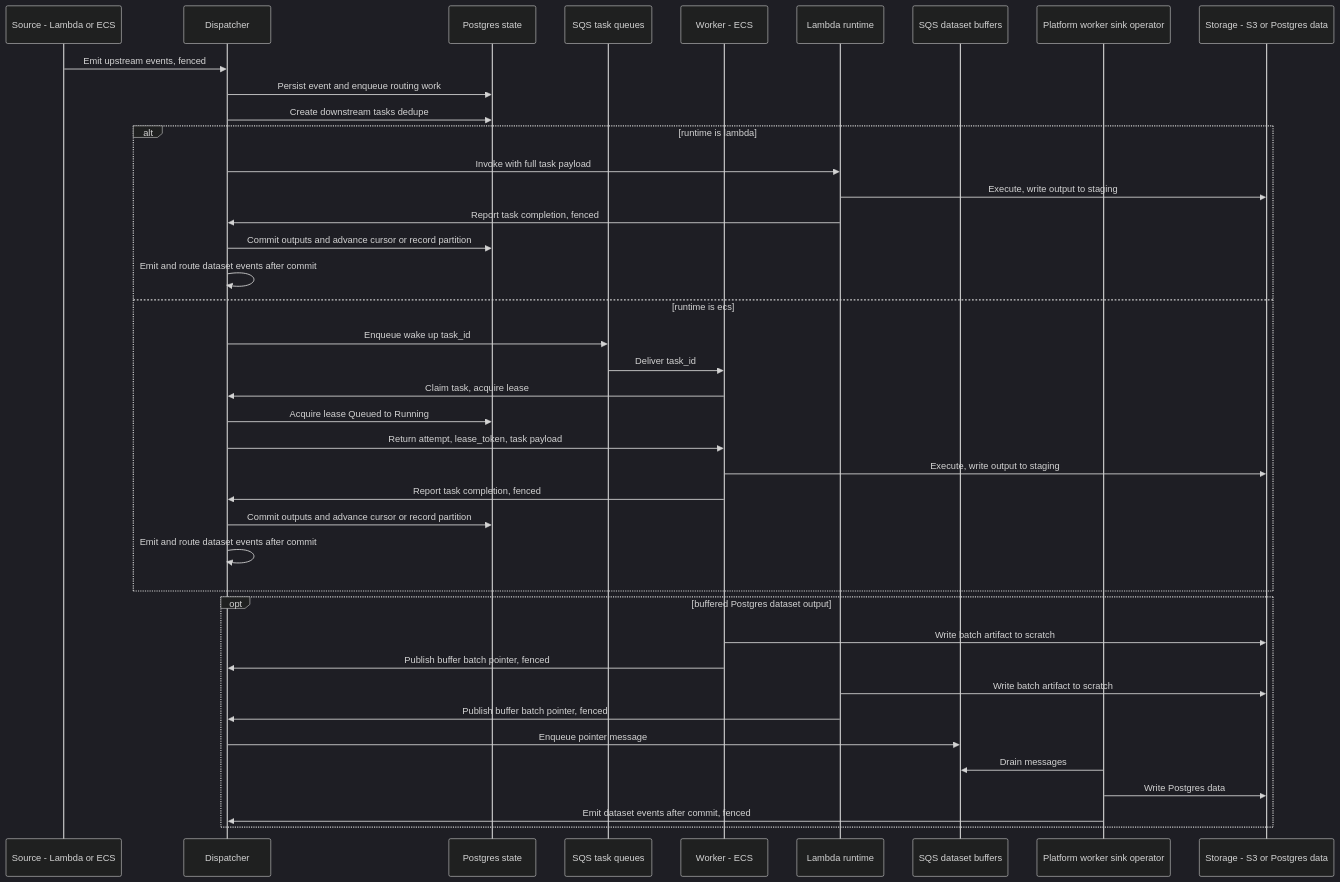
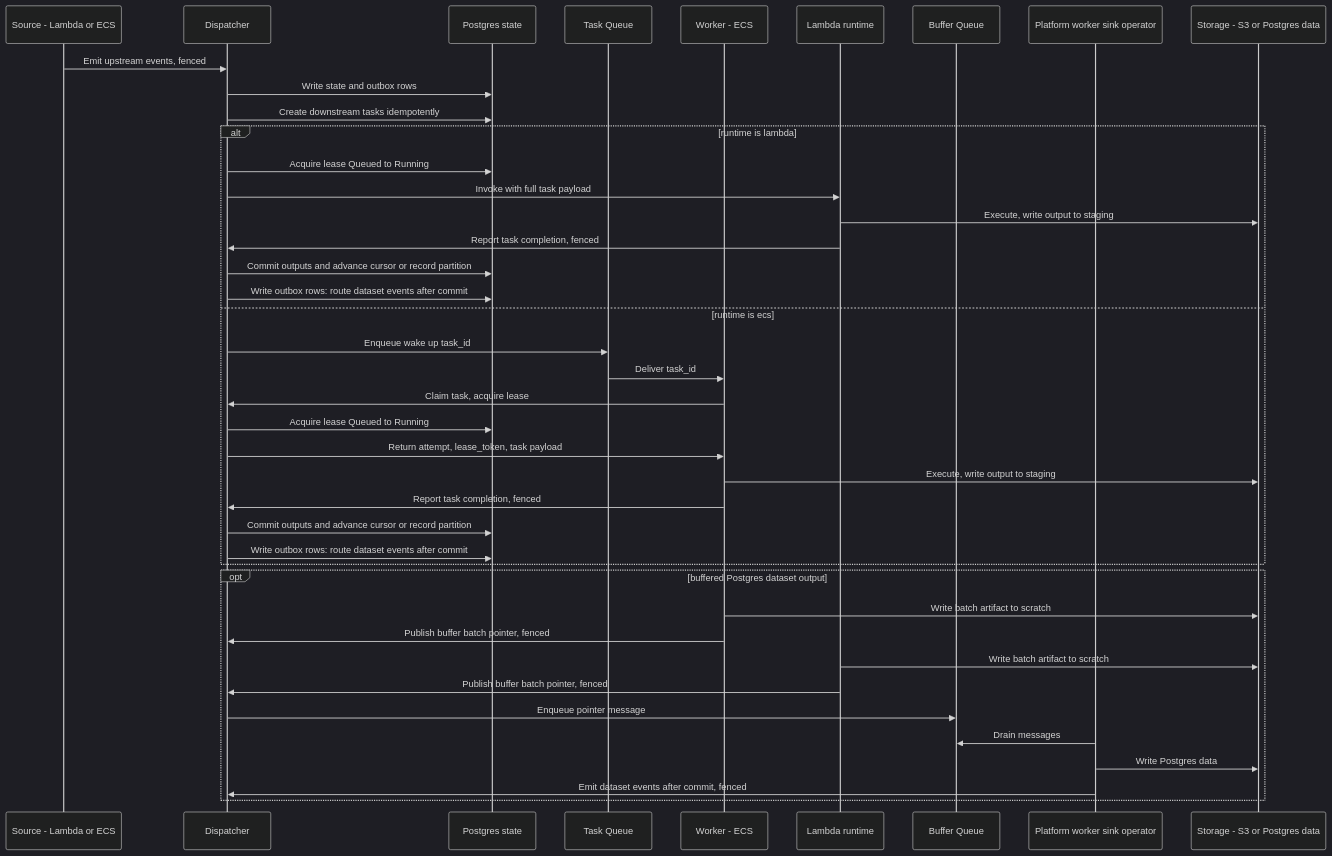
One commit to c7121/trace changed the diagram in docs/architecture/event_flow.md. Above: the diagram before and after it, drawn with Mermaid (dark theme). The commit also changed other lines of this file and 4 other files, not shown here.

````diff
--- a/docs/architecture/event_flow.md
+++ b/docs/architecture/event_flow.md
@@ -5,44 +11,45 @@
 ```mermaid
 sequenceDiagram
     participant Src as Source - Lambda or ECS
     participant D as Dispatcher
     participant PG as Postgres state
-    participant TaskQ as SQS task queues
+    participant TaskQ as Task Queue
     participant W as Worker - ECS
     participant L as Lambda runtime
-    participant BufQ as SQS dataset buffers
+    participant BufQ as Buffer Queue
     participant SinkW as Platform worker sink operator
     participant S as Storage - S3 or Postgres data
 
     Src->>D: Emit upstream events, fenced
-    D->>PG: Persist event and enqueue routing work
-    D->>PG: Create downstream tasks dedupe
+    D->>PG: Write state and outbox rows
+    D->>PG: Create downstream tasks idempotently
     alt runtime is lambda
+        D->>PG: Acquire lease Queued to Running
         D->>L: Invoke with full task payload
         L->>S: Execute, write output to staging
         L->>D: Report task completion, fenced
         D->>PG: Commit outputs and advance cursor or record partition
-        D->>D: Emit and route dataset events after commit
+        D->>PG: Write outbox rows: route dataset events after commit
     else runtime is ecs
         D->>TaskQ: Enqueue wake up task_id
         TaskQ->>W: Deliver task_id
         W->>D: Claim task, acquire lease
         D->>PG: Acquire lease Queued to Running
         D->>W: Return attempt, lease_token, task payload
         W->>S: Execute, write output to staging
         W->>D: Report task completion, fenced
         D->>PG: Commit outputs and advance cursor or record partition
-        D->>D: Emit and route dataset events after commit
+        D->>PG: Write outbox rows: route dataset events after commit
     end
 
     opt buffered Postgres dataset output
         W->>S: Write batch artifact to scratch
         W->>D: Publish buffer batch pointer, fenced
         L->>S: Write batch artifact to scratch
         L->>D: Publish buffer batch pointer, fenced
         D->>BufQ: Enqueue pointer message
         SinkW->>BufQ: Drain messages
         SinkW->>S: Write Postgres data
         SinkW->>D: Emit dataset events after commit, fenced
     end
 ```
````
